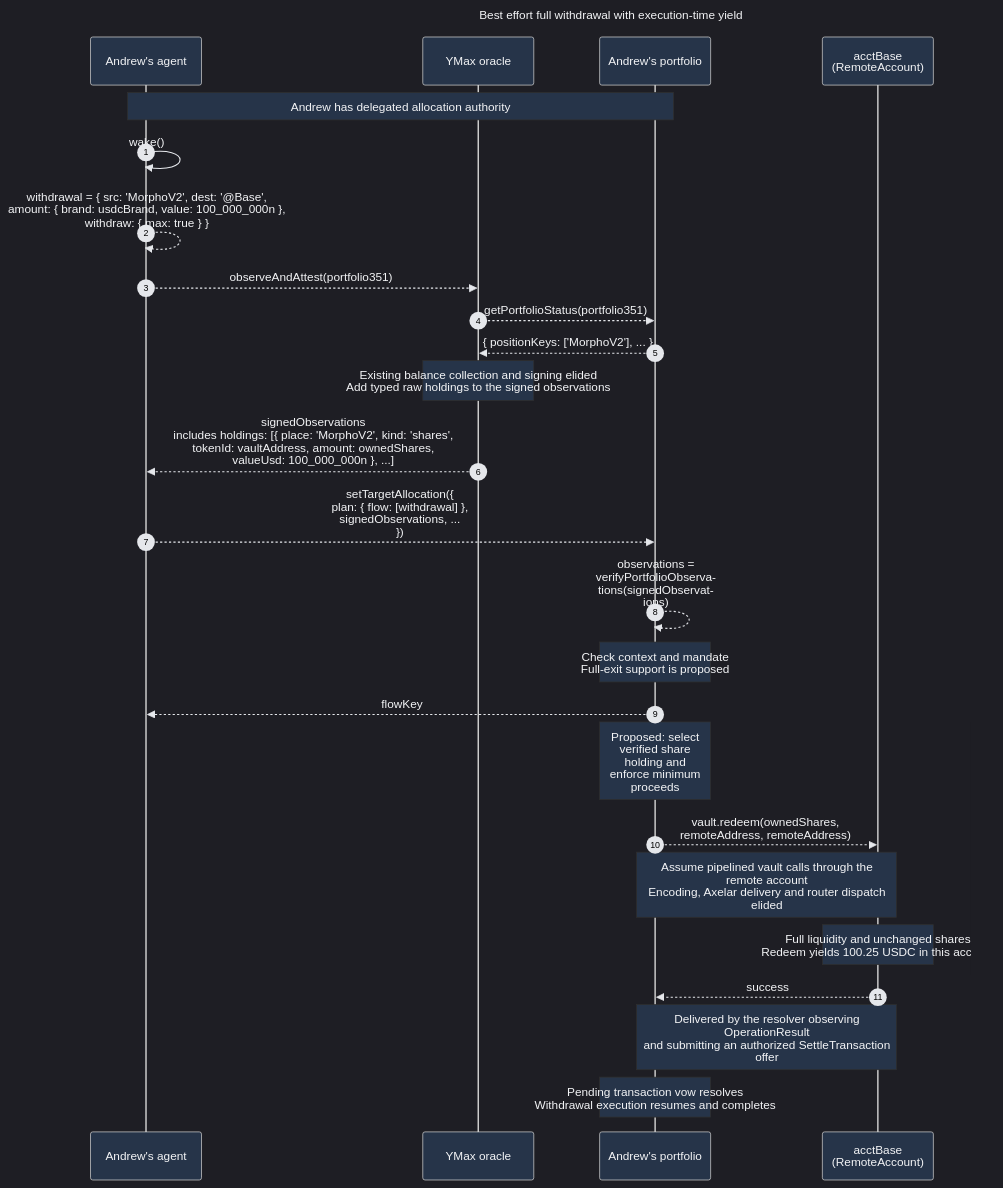
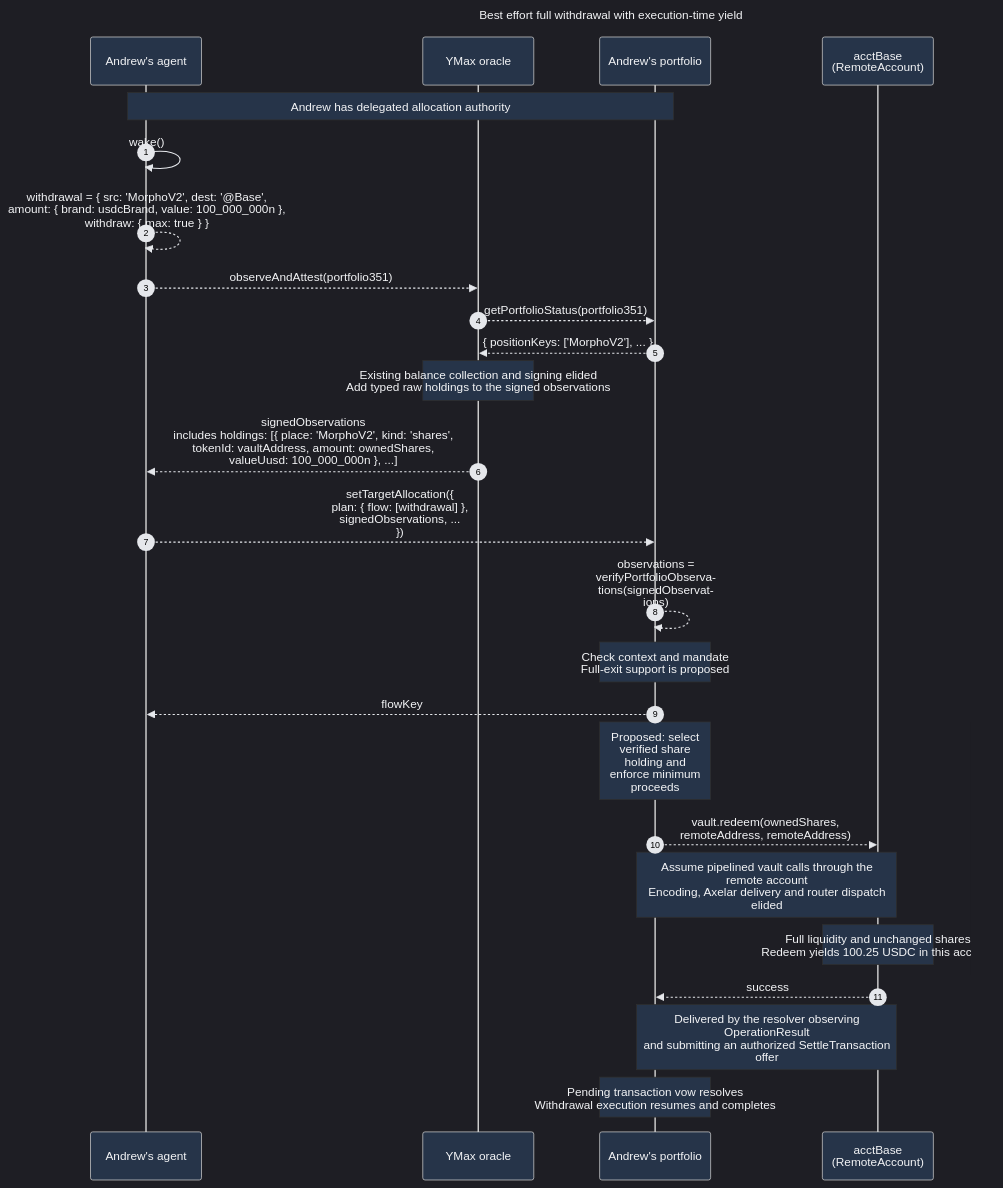
Before and after one commit to Agoric/agoric-sdk: the diagram in packages/portfolio-contract/docs-design/exit-position-completely.md, drawn with Mermaid. The commit also changed 7 other files, not shown here.

First line of the commit message:
chore(portfolio-api): name micro-USD valuations valueUusd

````diff
--- a/packages/portfolio-contract/docs-design/exit-position-completely.md
+++ b/packages/portfolio-contract/docs-design/exit-position-completely.md
@@ -14,33 +14,33 @@
 ```mermaid
 %%{init: {'theme': 'dark', 'themeVariables': {'textColor': '#f3f4f6', 'actorBkg': '#263449', 'actorTextColor': '#f3f4f6', 'signalColor': '#e5e7eb', 'signalTextColor': '#f3f4f6', 'noteBkgColor': '#263449', 'noteTextColor': '#f3f4f6', 'labelTextColor': '#f3f4f6'}, 'sequence': {'wrap': true}}}%%
 sequenceDiagram
   autonumber
   title Best effort full withdrawal with execution-time yield
   %% ->> initiates the scenario, -->> marks consequences including calls and replies.
   %% P groups delegation, portfolio execution and contract-side resolver facets.
   %% The account call abstracts GMP/router delivery; success abstracts resolver delivery.
   participant A as Andrew's agent
   participant O as YMax oracle
   participant P as Andrew's portfolio
   participant E as acctBase<br/>(RemoteAccount)
 
   Note over A,P: Andrew has delegated allocation authority
   A->>A: wake()
   A-->>A: withdrawal = { src: 'MorphoV2', dest: '@Base',<br/>amount: { brand: usdcBrand, value: 100_000_000n },<br/>withdraw: { max: true } }
   A-->>O: observeAndAttest(portfolio351)
   O-->>P: getPortfolioStatus(portfolio351)
   P-->>O: { positionKeys: ['MorphoV2'], ... }
   Note over O: Existing balance collection and signing elided<br/>Add typed raw holdings to the signed observations
-  O-->>A: signedObservations<br/>includes holdings: [{ place: 'MorphoV2', kind: 'shares',<br/>tokenId: vaultAddress, amount: ownedShares,<br/>valueUsd: 100_000_000n }, ...]
+  O-->>A: signedObservations<br/>includes holdings: [{ place: 'MorphoV2', kind: 'shares',<br/>tokenId: vaultAddress, amount: ownedShares,<br/>valueUusd: 100_000_000n }, ...]
   A-->>P: setTargetAllocation({<br/>plan: { flow: [withdrawal] },<br/>signedObservations, ...<br/>})
   P-->>P: observations = verifyPortfolioObservations(signedObservations)
   Note over P: Check context and mandate<br/>Full-exit support is proposed
   P-->>A: flowKey
   Note over P: Proposed: select verified share holding and enforce minimum proceeds
   P-->>E: vault.redeem(ownedShares,<br/>remoteAddress, remoteAddress)
   Note over P,E: Assume pipelined vault calls through the remote account<br/>Encoding, Axelar delivery and router dispatch elided
   Note over E: Full liquidity and unchanged shares<br/>Redeem yields 100.25 USDC in this account
   E-->>P: success
   Note over P,E: Delivered by the resolver observing OperationResult<br/>and submitting an authorized SettleTransaction offer
   Note over P: Pending transaction vow resolves<br/>Withdrawal execution resumes and completes
 ```
````
